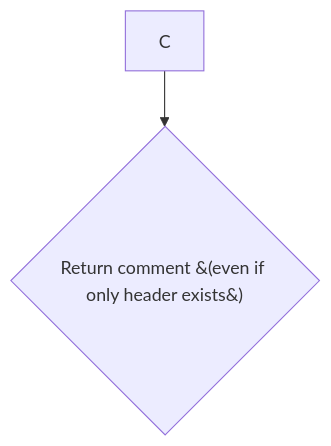
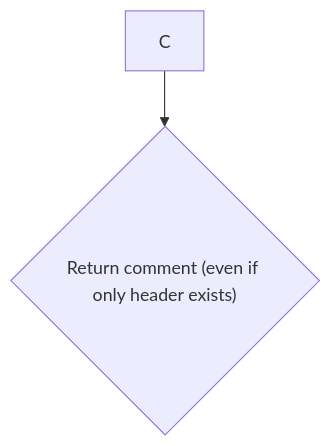
Before and after one commit to probelabs/mermaid-lint: the seventh of 57 diagrams in test-fixtures/flowchart/INVALID_DIAGRAMS.md, drawn with Mermaid. The commit also changed other lines of this file and 3 other files, not shown here.

First line of the commit message:
feat(flowchart): enhance auto-fix for complex labels with special characters (#51)

````diff
--- a/test-fixtures/flowchart/INVALID_DIAGRAMS.md
+++ b/test-fixtures/flowchart/INVALID_DIAGRAMS.md
@@ -896,6 +898,6 @@
 ```mermaid
 flowchart TD
-  C --> D{Return comment &#40;even if only header exists&#41;}
+  C --> D{"Return comment (even if only header exists)"}
 
 
 ```
````
